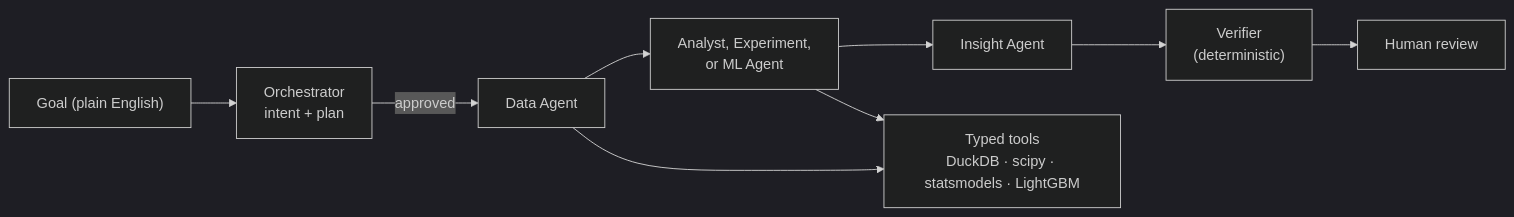
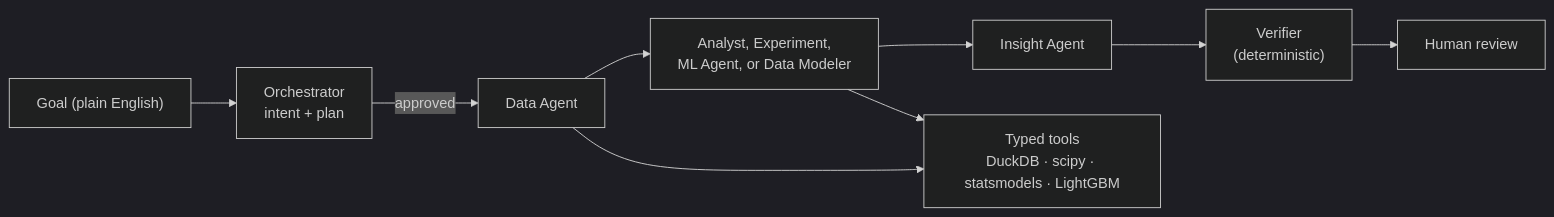
One commit to SweetVege/inferra changed the diagram in README.md. Above: the diagram before and after it, drawn with Mermaid (dark theme). The commit also changed other lines of this file and 54 other files, not shown here.

````diff
--- a/README.md
+++ b/README.md
@@ -15,7 +15,7 @@
 ```mermaid
 flowchart LR
   G["Goal (plain English)"] --> O["Orchestrator<br/>intent + plan"]
-  O -->|approved| D["Data Agent"] --> S["Analyst, Experiment,<br/>or ML Agent"] --> I["Insight Agent"]
+  O -->|approved| D["Data Agent"] --> S["Analyst, Experiment,<br/>ML Agent, or Data Modeler"] --> I["Insight Agent"]
   D & S --> T["Typed tools<br/>DuckDB · scipy · statsmodels · LightGBM"]
   I --> V["Verifier<br/>(deterministic)"] --> R["Human review"]
 ```
````
